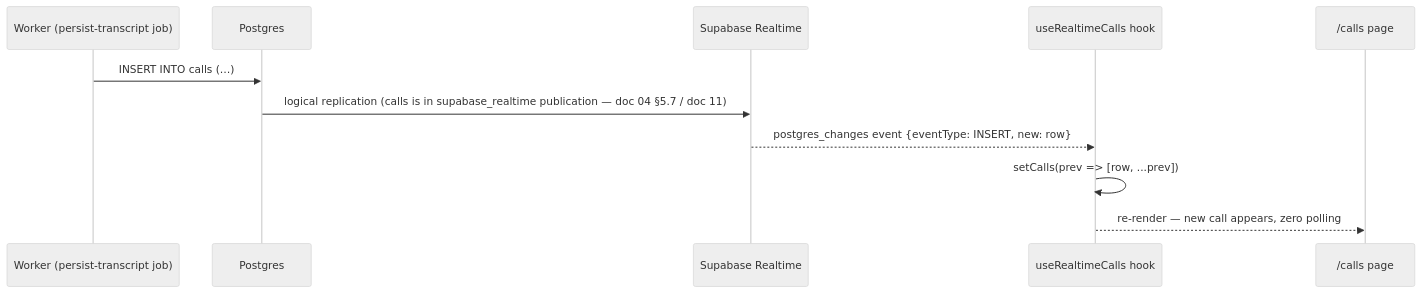
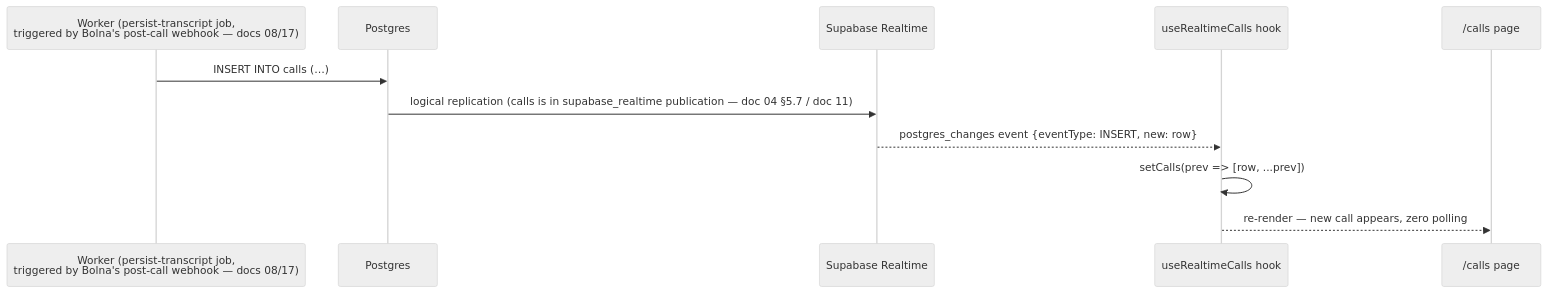
The third of 3 diagrams in docs/10_NEXTJS_SETUP.md (gandhi120/RecruitPilot_AI), drawn with Mermaid (neutral theme) before and after one commit. The commit also changed other lines of this file and 34 other files, not shown here.

````diff
--- a/docs/10_NEXTJS_SETUP.md
+++ b/docs/10_NEXTJS_SETUP.md
@@ -148,14 +148,14 @@
 ```mermaid
 sequenceDiagram
-    participant W as Worker (persist-transcript job)
+    participant W as Worker (persist-transcript job,<br/>triggered by Bolna's post-call webhook — docs 08/17)
     participant PG as Postgres
     participant RT as Supabase Realtime
     participant H as useRealtimeCalls hook
     participant UI as /calls page
 
     W->>PG: INSERT INTO calls (…)
     PG->>RT: logical replication (calls is in supabase_realtime publication — doc 04 §5.7 / doc 11)
     RT-->>H: postgres_changes event {eventType: INSERT, new: row}
     H->>H: setCalls(prev => [row, ...prev])
     H-->>UI: re-render — new call appears, zero polling
 ```
````
